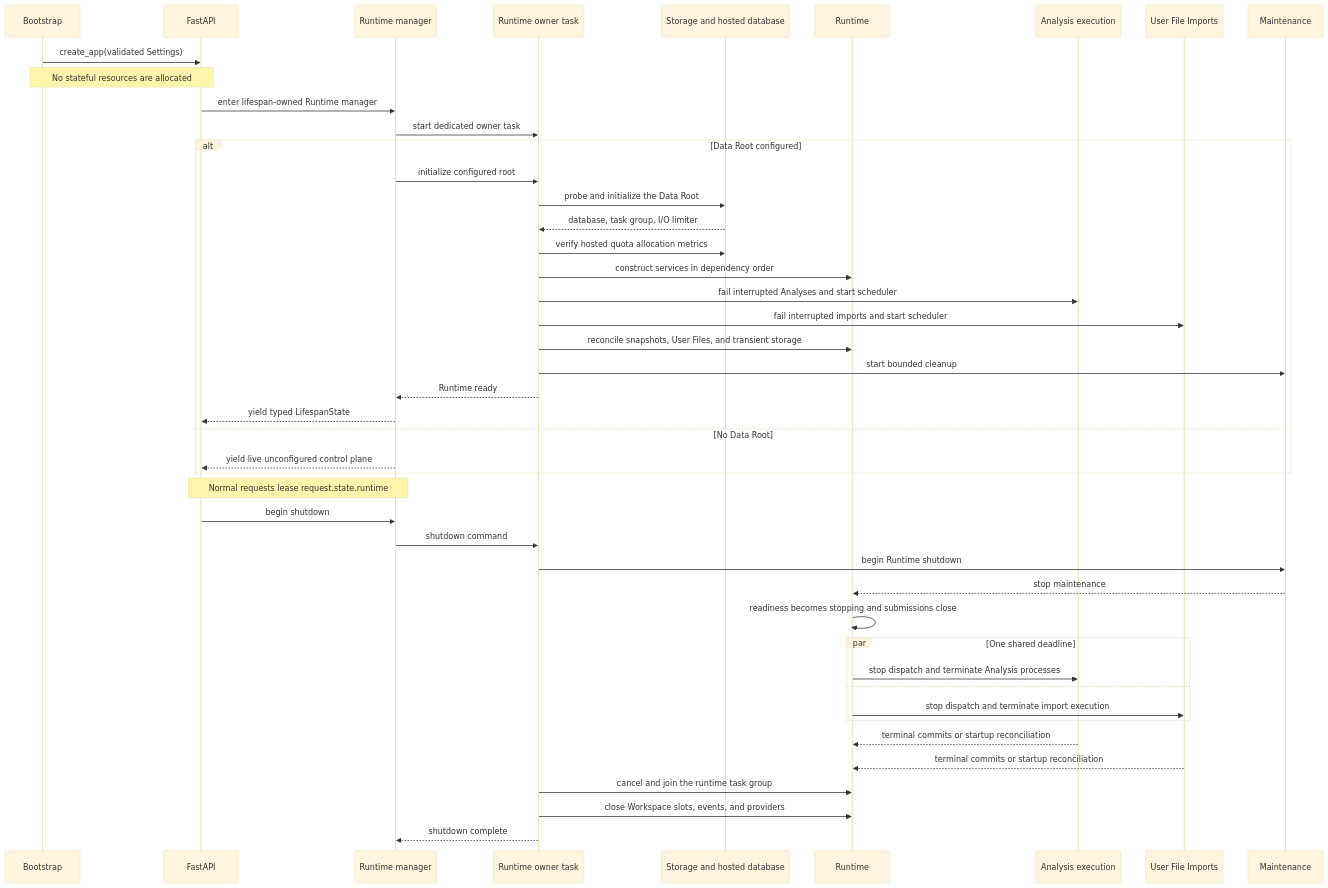
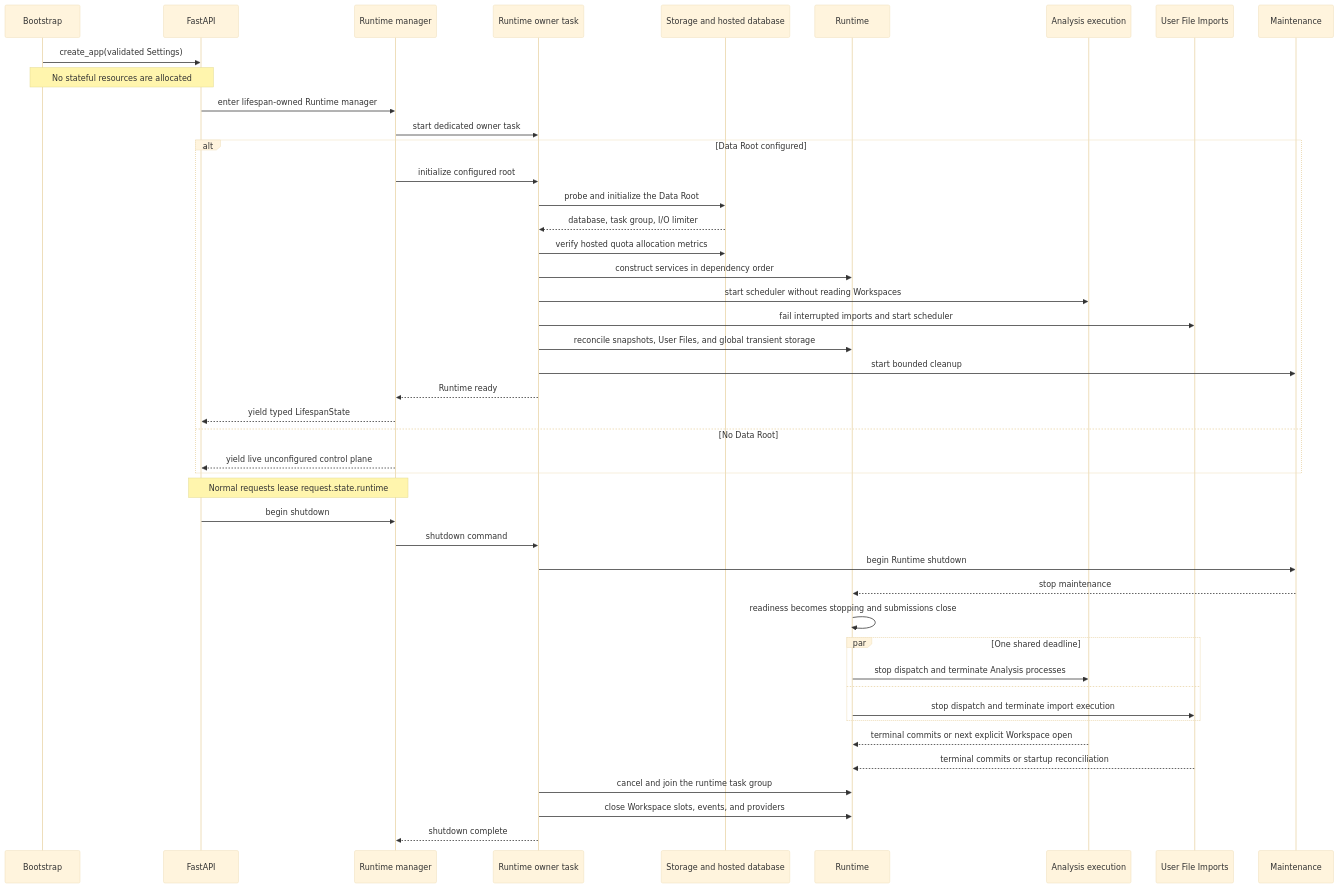
Before and after one commit to Australian-Text-Analytics-Platform/ldaca_web_app: the diagram in docs/architecture/backend/runtime.md, drawn with Mermaid (base theme). The commit also changed other lines of this file and 22 other files, not shown here.

Commit message:
fix: defer workspace recovery until open

````diff
--- a/docs/architecture/backend/runtime.md
+++ b/docs/architecture/backend/runtime.md
@@ -71,48 +73,48 @@
 ```mermaid
 sequenceDiagram
     participant Bootstrap
     participant FastAPI
     participant Manager as Runtime manager
     participant Owner as Runtime owner task
     participant Storage as Storage and hosted database
     participant Runtime
     participant Analysis as Analysis execution
     participant Imports as User File Imports
     participant Maintenance
 
     Bootstrap->>FastAPI: create_app(validated Settings)
     Note over Bootstrap,FastAPI: No stateful resources are allocated
     FastAPI->>Manager: enter lifespan-owned Runtime manager
     Manager->>Owner: start dedicated owner task
     alt Data Root configured
     Manager->>Owner: initialize configured root
     Owner->>Storage: probe and initialize the Data Root
     Storage-->>Owner: database, task group, I/O limiter
     Owner->>Storage: verify hosted quota allocation metrics
     Owner->>Runtime: construct services in dependency order
-    Owner->>Analysis: fail interrupted Analyses and start scheduler
+    Owner->>Analysis: start scheduler without reading Workspaces
     Owner->>Imports: fail interrupted imports and start scheduler
-    Owner->>Runtime: reconcile snapshots, User Files, and transient storage
+    Owner->>Runtime: reconcile snapshots, User Files, and global transient storage
     Owner->>Maintenance: start bounded cleanup
     Owner-->>Manager: Runtime ready
     Manager-->>FastAPI: yield typed LifespanState
     else No Data Root
     Manager-->>FastAPI: yield live unconfigured control plane
     end
     Note over FastAPI,Manager: Normal requests lease request.state.runtime
     FastAPI->>Manager: begin shutdown
     Manager->>Owner: shutdown command
     Owner->>Maintenance: begin Runtime shutdown
     Maintenance-->>Runtime: stop maintenance
     Runtime->>Runtime: readiness becomes stopping and submissions close
     par One shared deadline
         Runtime->>Analysis: stop dispatch and terminate Analysis processes
     and
         Runtime->>Imports: stop dispatch and terminate import execution
     end
-    Analysis-->>Runtime: terminal commits or startup reconciliation
+    Analysis-->>Runtime: terminal commits or next explicit Workspace open
     Imports-->>Runtime: terminal commits or startup reconciliation
     Owner->>Runtime: cancel and join the runtime task group
     Owner->>Runtime: close Workspace slots, events, and providers
     Owner-->>Manager: shutdown complete
 ```
````
